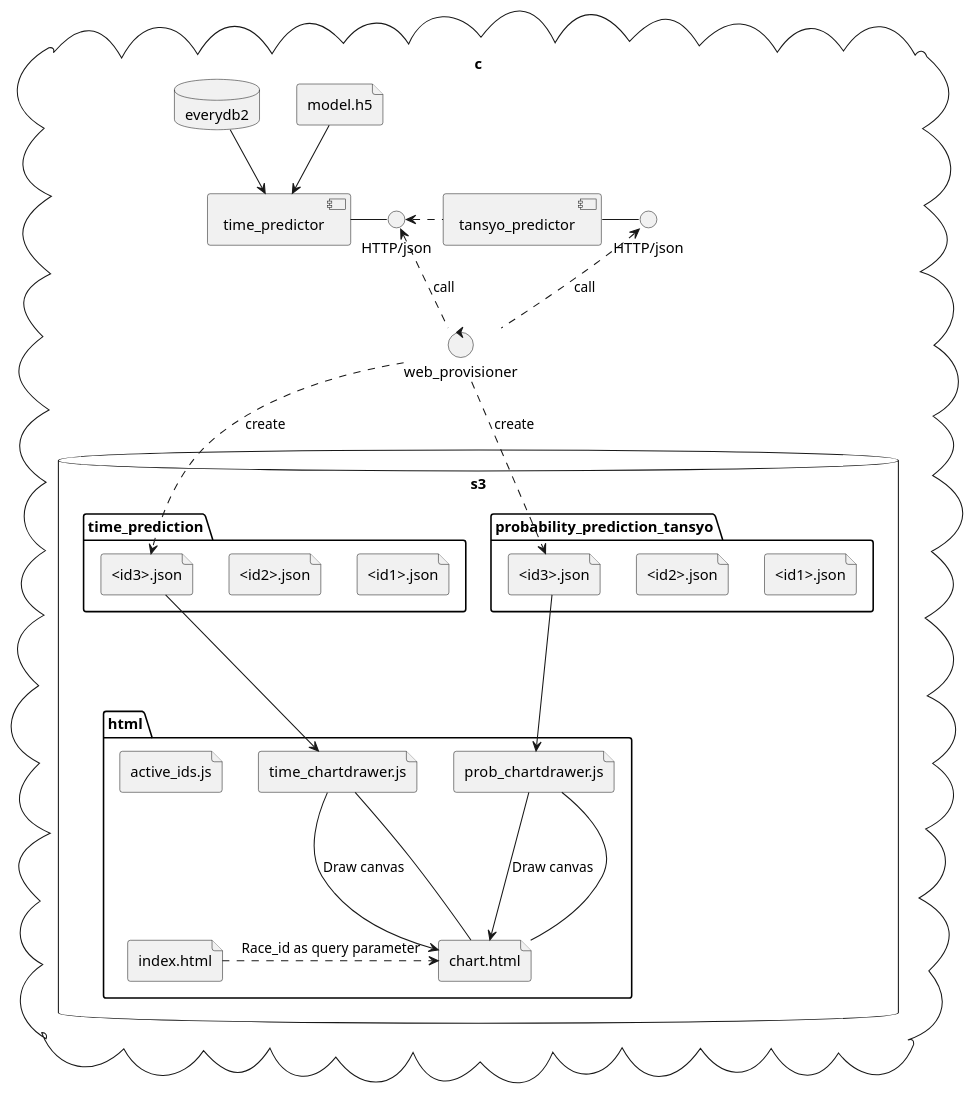
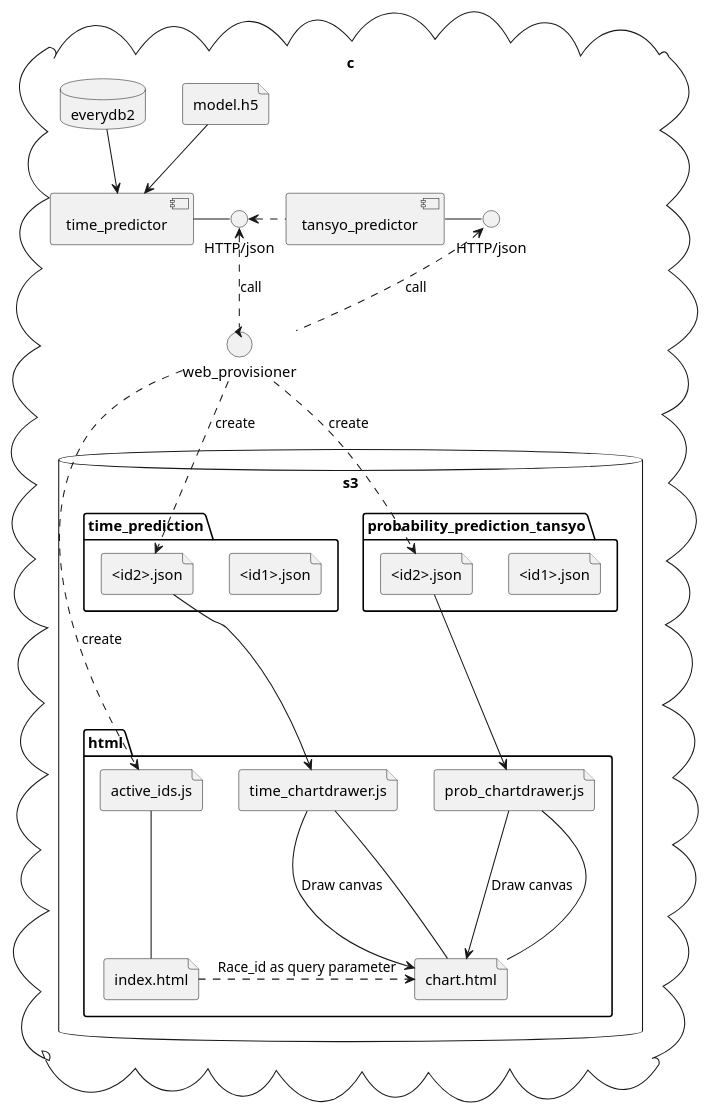
One commit to iwase22334/uma_document changed the diagram in software_design/web/overview.plantuml. Above: the diagram before and after it, drawn with PlantUML. The commit also changed 4 other files, not shown here.

```diff
--- a/software_design/web/overview.plantuml
+++ b/software_design/web/overview.plantuml
@@ -1,59 +1,61 @@
 @startuml
 
 cloud c {
     database s3 {
         folder html {
             file "index.html" as index
             file "active_ids.js" as ajs
             file "time_chartdrawer.js" as tjs
             file "prob_chartdrawer.js" as pjs
             file "chart.html" as chart
             index .> chart : Race_id as query parameter
+
+            ajs --- index
+
             tjs --> chart  : Draw canvas
             chart --up- tjs
 
             pjs --> chart  : Draw canvas
             chart --up- pjs
 
         }
 
         folder time_prediction {
             file "<id1>.json" as tp1
             file "<id2>.json" as tp2
-            file "<id3>.json" as tp3
         } 
 
         folder probability_prediction_tansyo {
             file "<id1>.json" as pp1
             file "<id2>.json" as pp2
-            file "<id3>.json" as pp3
         } 
     }
 
     file "model.h5" as model
     database everydb2
     control web_provisioner 
 
     component tansyo_predictor
     interface "HTTP/json" as tanp_i
 
     component time_predictor
     interface "HTTP/json" as tp_i
 
     tansyo_predictor - tanp_i
     tansyo_predictor .left.> tp_i
 
     time_predictor - tp_i
     everydb2 --> time_predictor 
     model --> time_predictor
 
-    tp3 ---> tjs
-    pp3 ---> pjs
+    tp2 ---> tjs
+    pp2 ---> pjs
 
     web_provisioner .up.> tp_i : call
     web_provisioner .up.> tanp_i : call
-    web_provisioner ..> tp3 : create
-    web_provisioner ..> pp3 : create
+    web_provisioner ..> ajs : create
+    web_provisioner ..> tp2 : create
+    web_provisioner ..> pp2 : create
 }
 
 @enduml
```
